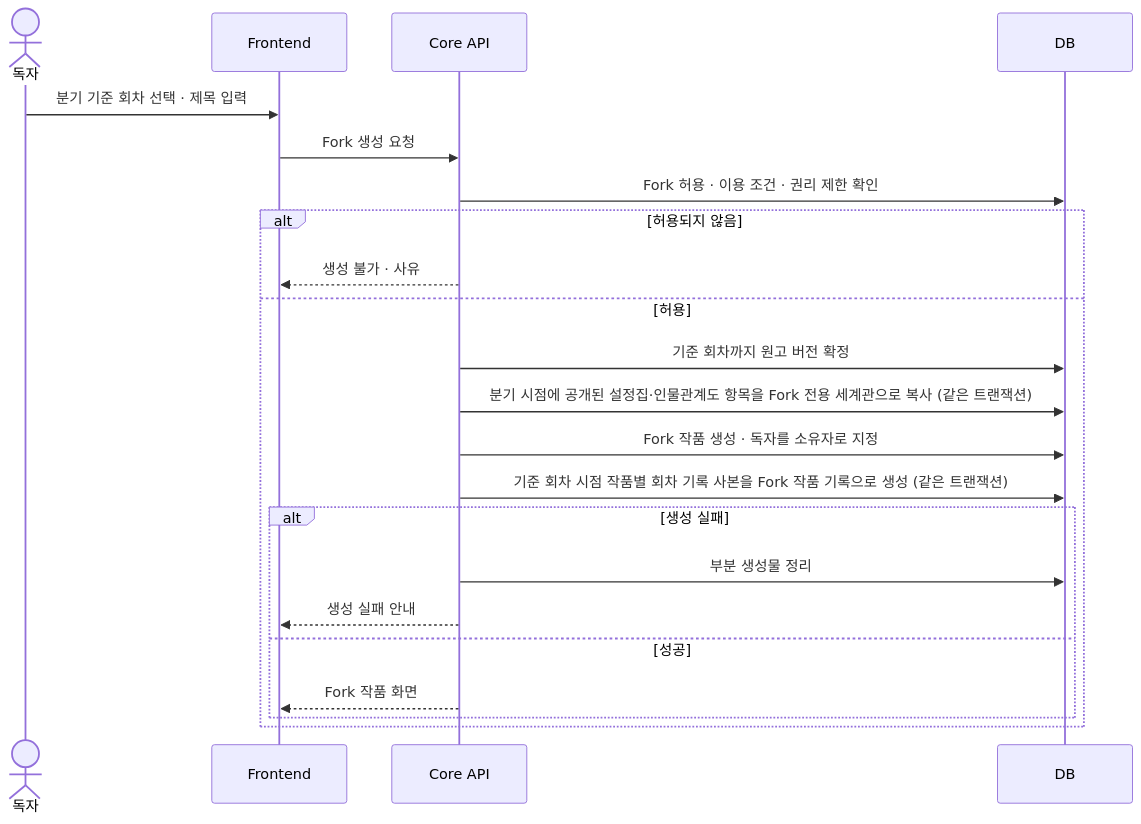
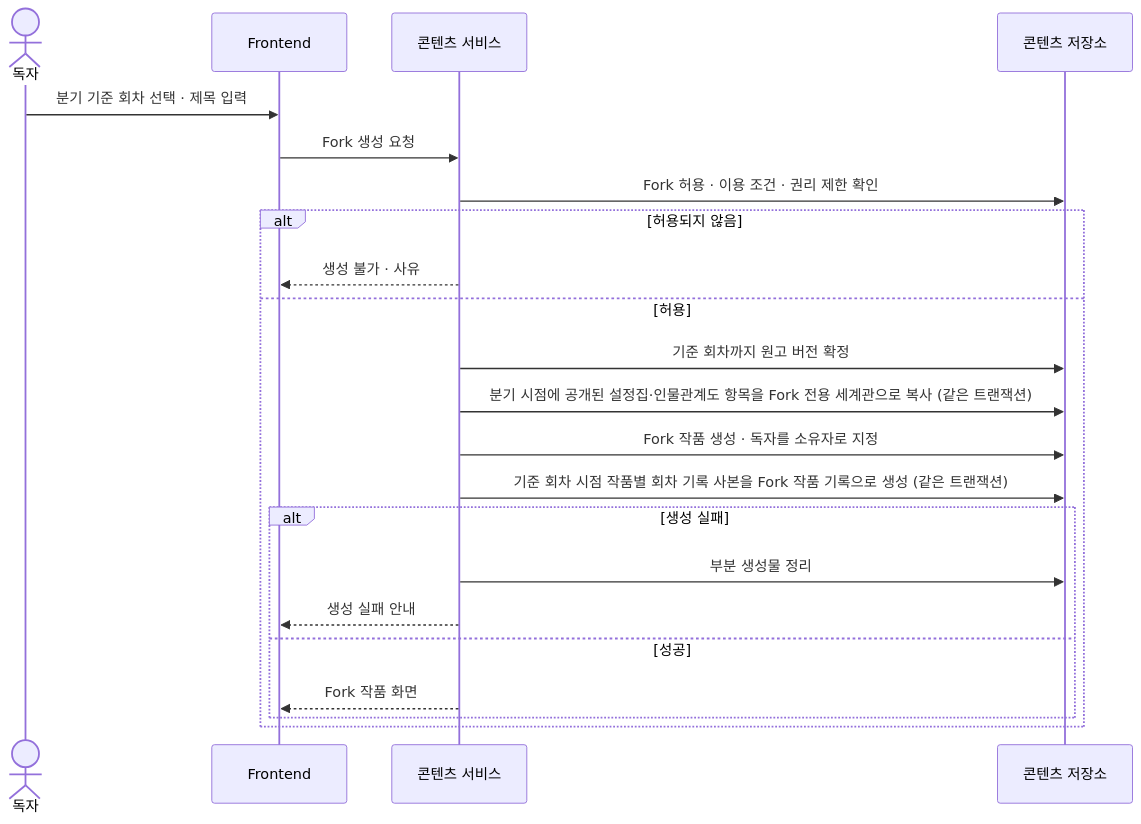
The third of 4 diagrams in docs/diagrams/sequence.md (SKNETWORKS-FAMILY-AICAMP/SKN34-FINAL-4TEAM), drawn with Mermaid before and after one commit. The commit also changed other lines of this file and 79 other files, not shown here.

````diff
--- a/docs/diagrams/sequence.md
+++ b/docs/diagrams/sequence.md
@@ -86,24 +94,24 @@
 ```mermaid
 sequenceDiagram
   actor R as 독자
   participant FE as Frontend
-  participant CO as Core API
-  participant DB as DB
+  participant CO as 콘텐츠 서비스
+  participant DB as 콘텐츠 저장소
   R->>FE: 분기 기준 회차 선택 · 제목 입력
   FE->>CO: Fork 생성 요청
   CO->>DB: Fork 허용 · 이용 조건 · 권리 제한 확인
   alt 허용되지 않음
     CO-->>FE: 생성 불가 · 사유
   else 허용
     CO->>DB: 기준 회차까지 원고 버전 확정
     CO->>DB: 분기 시점에 공개된 설정집·인물관계도 항목을 Fork 전용 세계관으로 복사 (같은 트랜잭션)
     CO->>DB: Fork 작품 생성 · 독자를 소유자로 지정
     CO->>DB: 기준 회차 시점 작품별 회차 기록 사본을 Fork 작품 기록으로 생성 (같은 트랜잭션)
     alt 생성 실패
       CO->>DB: 부분 생성물 정리
       CO-->>FE: 생성 실패 안내
     else 성공
       CO-->>FE: Fork 작품 화면
     end
   end
 ```
````
